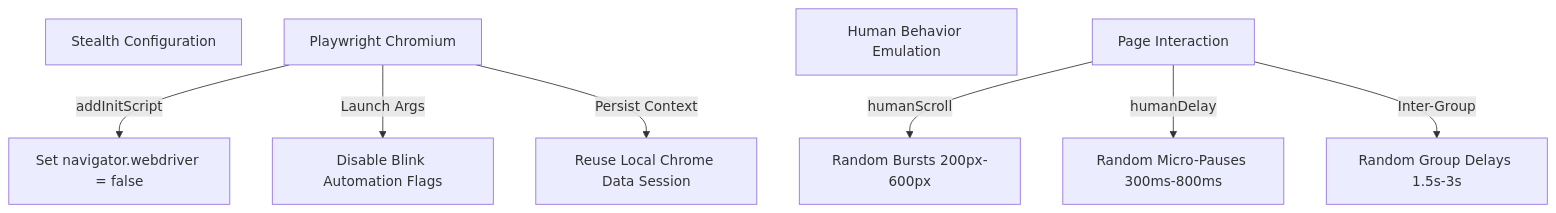
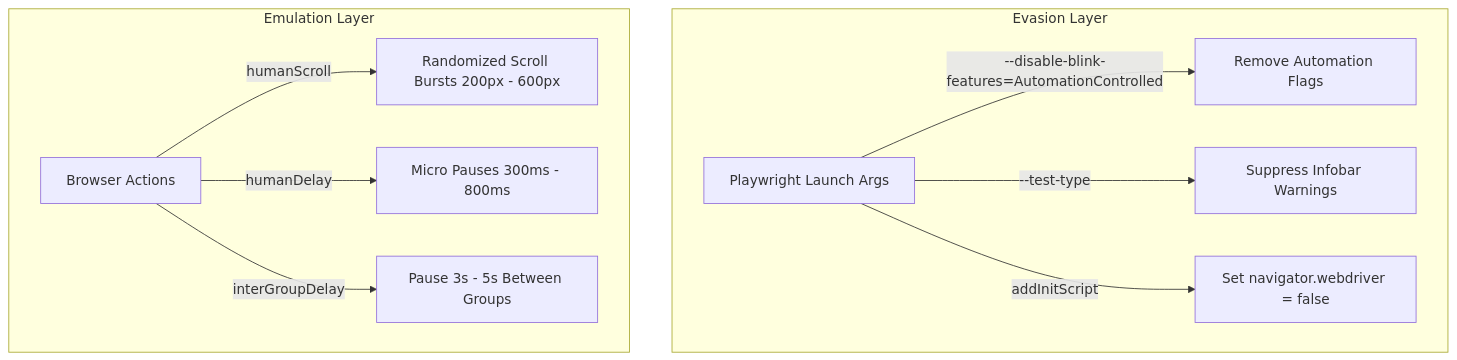
The fourth of 6 diagrams in README.md (Abubakkar-Khan/Group_Scout_Electron), drawn with Mermaid before and after one commit. The commit also changed other lines of this file, not shown here.

Commit message:
docs: updated README.md with lengthy structure, system flowcharts, dual-database diagrams, ERD, and build guide

````diff
--- a/README.md
+++ b/README.md
@@ -94,12 +144,14 @@
 ```mermaid
 flowchart TD
-    SubGraph1[Stealth Configuration]
-    A[Playwright Chromium] -->|addInitScript| B[Set navigator.webdriver = false]
-    A -->|Launch Args| C[Disable Blink Automation Flags]
-    A -->|Persist Context| D[Reuse Local Chrome Data Session]
+    subgraph Evasion Layer
+        A[Playwright Launch Args] -->|--disable-blink-features=AutomationControlled| B[Remove Automation Flags]
+        A -->|--test-type| C[Suppress Infobar Warnings]
+        A -->|addInitScript| D[Set navigator.webdriver = false]
+    end
 
-    SubGraph2[Human Behavior Emulation]
-    E[Page Interaction] -->|humanScroll| F[Random Bursts 200px-600px]
-    E -->|humanDelay| G[Random Micro-Pauses 300ms-800ms]
-    E -->|Inter-Group| H[Random Group Delays 1.5s-3s]
+    subgraph Emulation Layer
+        E[Browser Actions] -->|humanScroll| F[Randomized Scroll Bursts 200px - 600px]
+        E -->|humanDelay| G[Micro Pauses 300ms - 800ms]
+        E -->|interGroupDelay| H[Pause 3s - 5s Between Groups]
+    end
 ```
````
